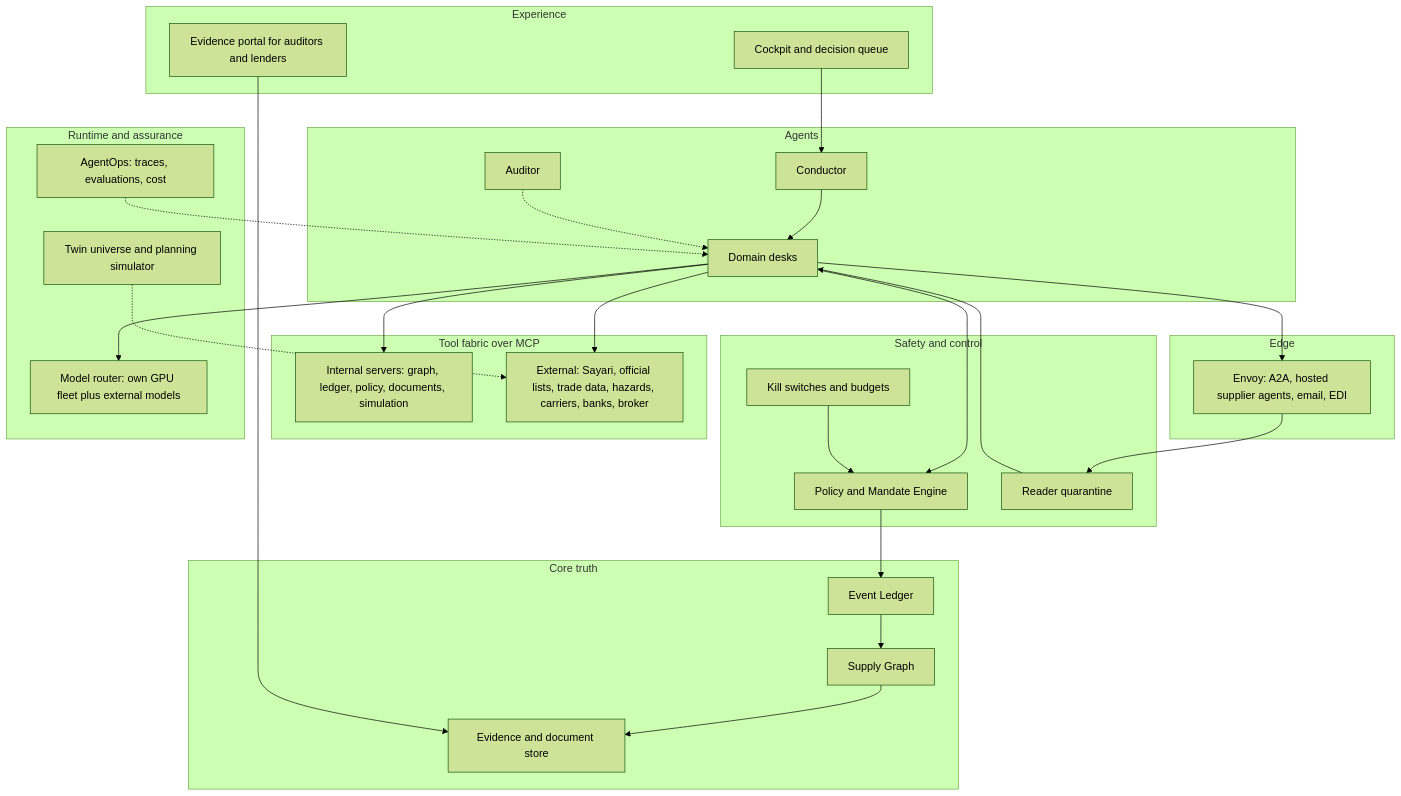
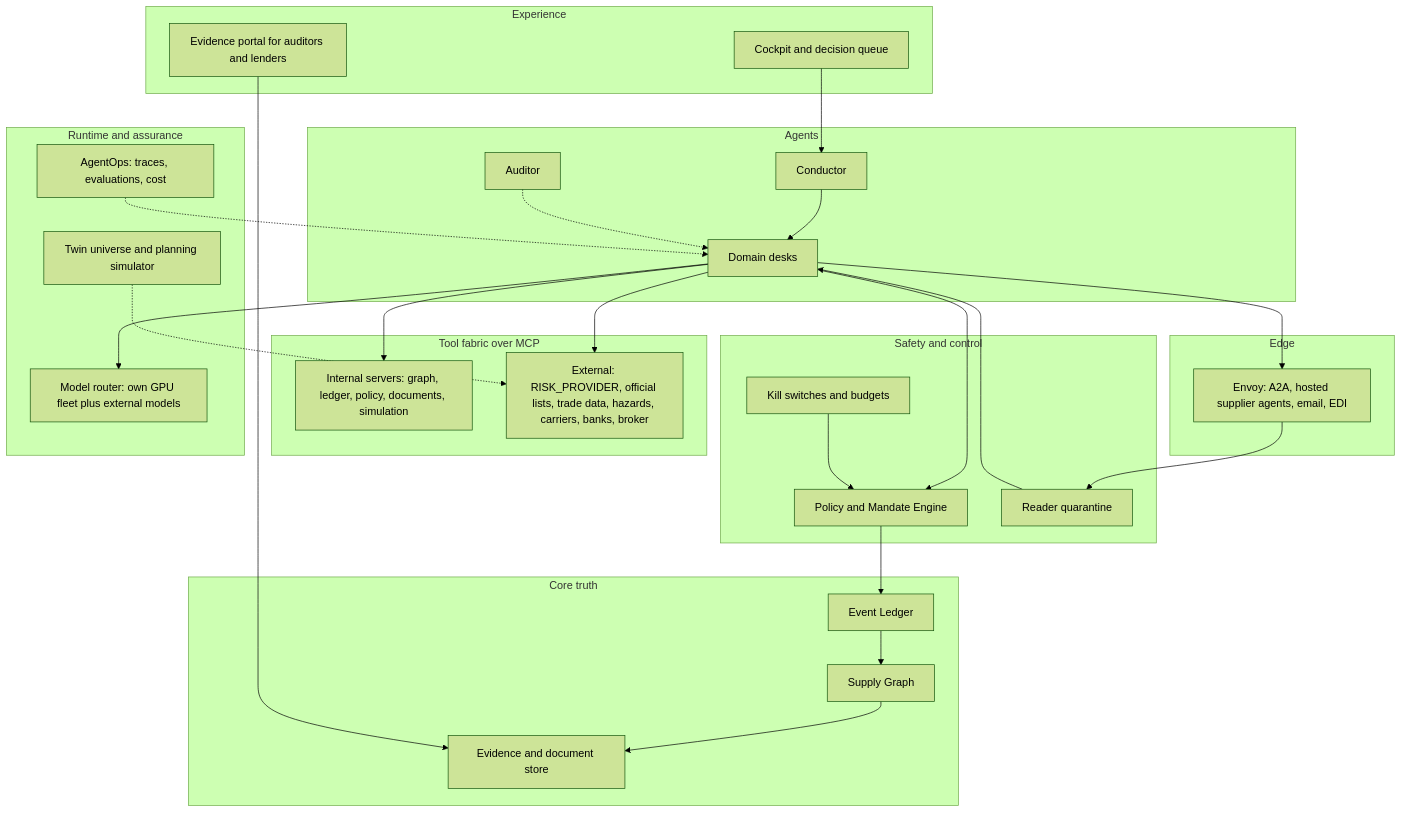
One commit to yorkerhodes3/neocloud-supply-os changed the second of 4 diagrams in CONCEPT-IDEA.md. Above: the diagram before and after it, drawn with Mermaid (forest theme). The commit also changed other lines of this file and 20 other files, not shown here.

First line of the commit message:
Make the risk backbone provider-neutral (RISK_PROVIDER)

````diff
--- a/CONCEPT-IDEA.md
+++ b/CONCEPT-IDEA.md
@@ -743,51 +757,51 @@
 ```mermaid
 flowchart TB
   subgraph EXP["Experience"]
     CK["Cockpit and decision queue"]
     EP["Evidence portal for auditors and lenders"]
   end
   subgraph AGT["Agents"]
     CD["Conductor"]
     DK["Domain desks"]
     AU["Auditor"]
   end
   subgraph SAFE["Safety and control"]
     PE["Policy and Mandate Engine"]
     RD["Reader quarantine"]
     KS["Kill switches and budgets"]
   end
   subgraph CORE["Core truth"]
     LG["Event Ledger"]
     SG["Supply Graph"]
     EV["Evidence and document store"]
   end
   subgraph TOOLS["Tool fabric over MCP"]
     IT["Internal servers: graph, ledger, policy, documents, simulation"]
-    XT["External: Sayari, official lists, trade data, hazards, carriers, banks, broker"]
+    XT["External: RISK_PROVIDER, official lists, trade data, hazards, carriers, banks, broker"]
   end
   subgraph EDGE["Edge"]
     EN["Envoy: A2A, hosted supplier agents, email, EDI"]
   end
   subgraph RUN["Runtime and assurance"]
     MR["Model router: own GPU fleet plus external models"]
     OPS["AgentOps: traces, evaluations, cost"]
     TW["Twin universe and planning simulator"]
   end
   CK --> CD
   CD --> DK
   AU -.-> DK
   DK --> PE
   KS --> PE
   PE --> LG
   LG --> SG
   SG --> EV
   EP --> EV
   DK --> IT
   DK --> XT
   DK --> EN
   EN --> RD
   RD --> DK
   DK --> MR
   OPS -.-> DK
   TW -.-> XT
 ```
````
